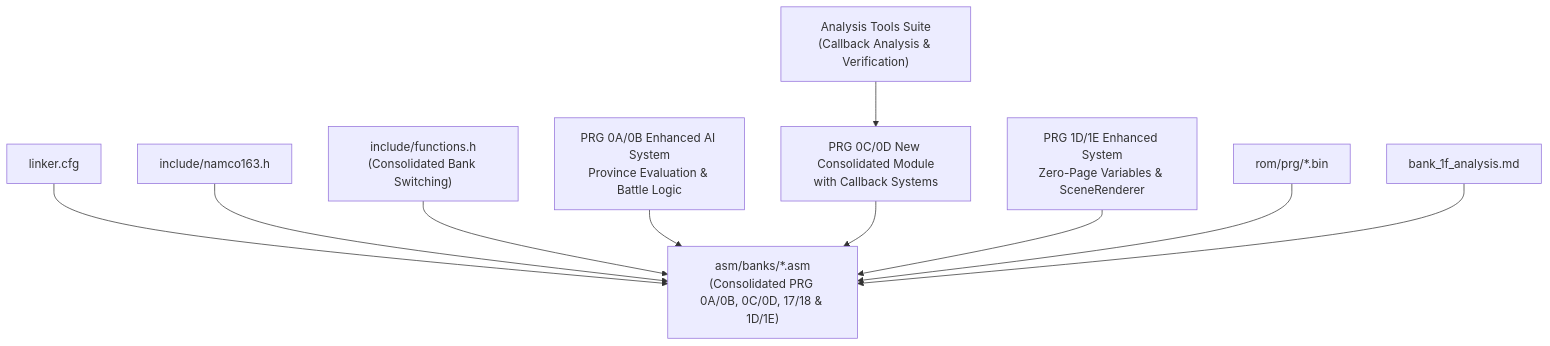
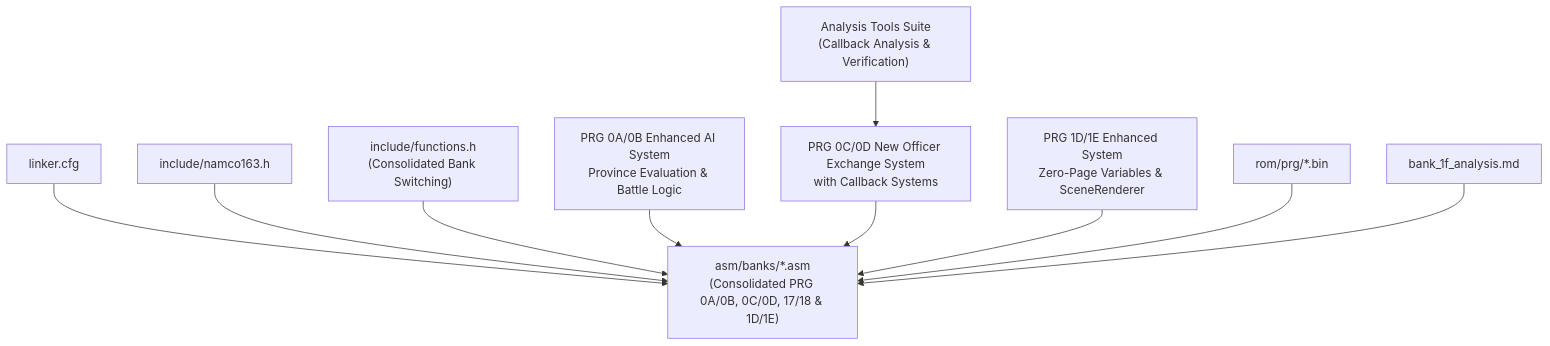
Before and after one commit to rabbyzero/sango2dasm: the third of 3 diagrams in .qoder/repowiki/en/content/Assembly Architecture/Bank Organization and Memory Layout.md, drawn with Mermaid. The commit also changed other lines of this file and 34 other files, not shown here.

First line of the commit message:
Add PRG banks 08+09 disassembly (battle/AI system) and update build infrastructure

````diff
--- a/.qoder/repowiki/en/content/Assembly Architecture/Bank Organization and Memory Layout.md
+++ b/.qoder/repowiki/en/content/Assembly Architecture/Bank Organization and Memory Layout.md
@@ -521,22 +525,22 @@
 ```mermaid
 graph TB
 LCFG["linker.cfg"]
 N163["include/namco163.h"]
 FUNCS["include/functions.h<br/>(Consolidated Bank Switching)"]
 STUBS["asm/banks/*.asm<br/>(Consolidated PRG 0A/0B, 0C/0D, 17/18 & 1D/1E)"]
 ENHANCED_AI["PRG 0A/0B Enhanced AI System<br/>Province Evaluation & Battle Logic"]
-NEW_CONSOLIDATED["PRG 0C/0D New Consolidated Module<br/>with Callback Systems"]
+NEW_OFFICER_EXCHANGE["PRG 0C/0D New Officer Exchange System<br/>with Callback Systems"]
 ENHANCED_DISPLAY["PRG 1D/1E Enhanced System<br/>Zero-Page Variables & SceneRenderer"]
 ROM["rom/prg/*.bin"]
 BOOT["bank_1f_analysis.md"]
 ANALYSIS_TOOLS["Analysis Tools Suite<br/>(Callback Analysis & Verification)"]
 LCFG --> STUBS
 N163 --> STUBS
 FUNCS --> STUBS
 ENHANCED_AI --> STUBS
-NEW_CONSOLIDATED --> STUBS
+NEW_OFFICER_EXCHANGE --> STUBS
 ENHANCED_DISPLAY --> STUBS
 ROM --> STUBS
 BOOT --> STUBS
-ANALYSIS_TOOLS --> NEW_CONSOLIDATED
+ANALYSIS_TOOLS --> NEW_OFFICER_EXCHANGE
 ```
````
